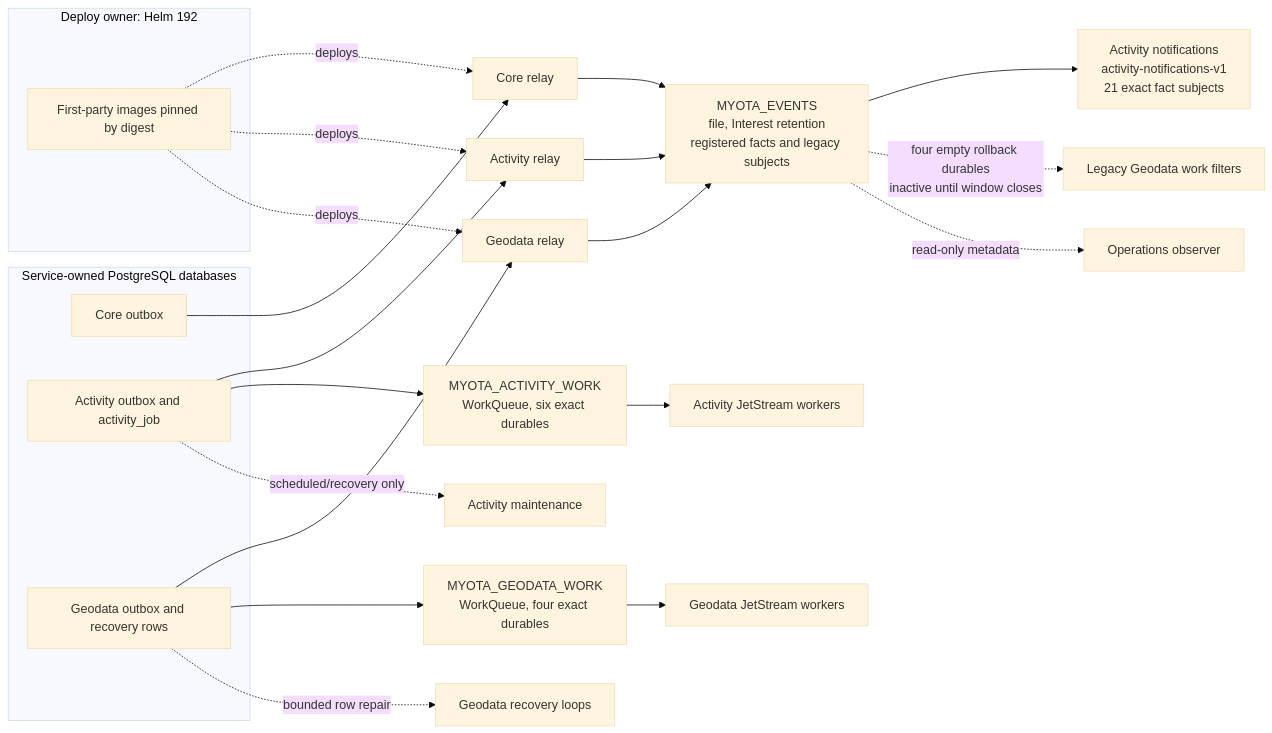
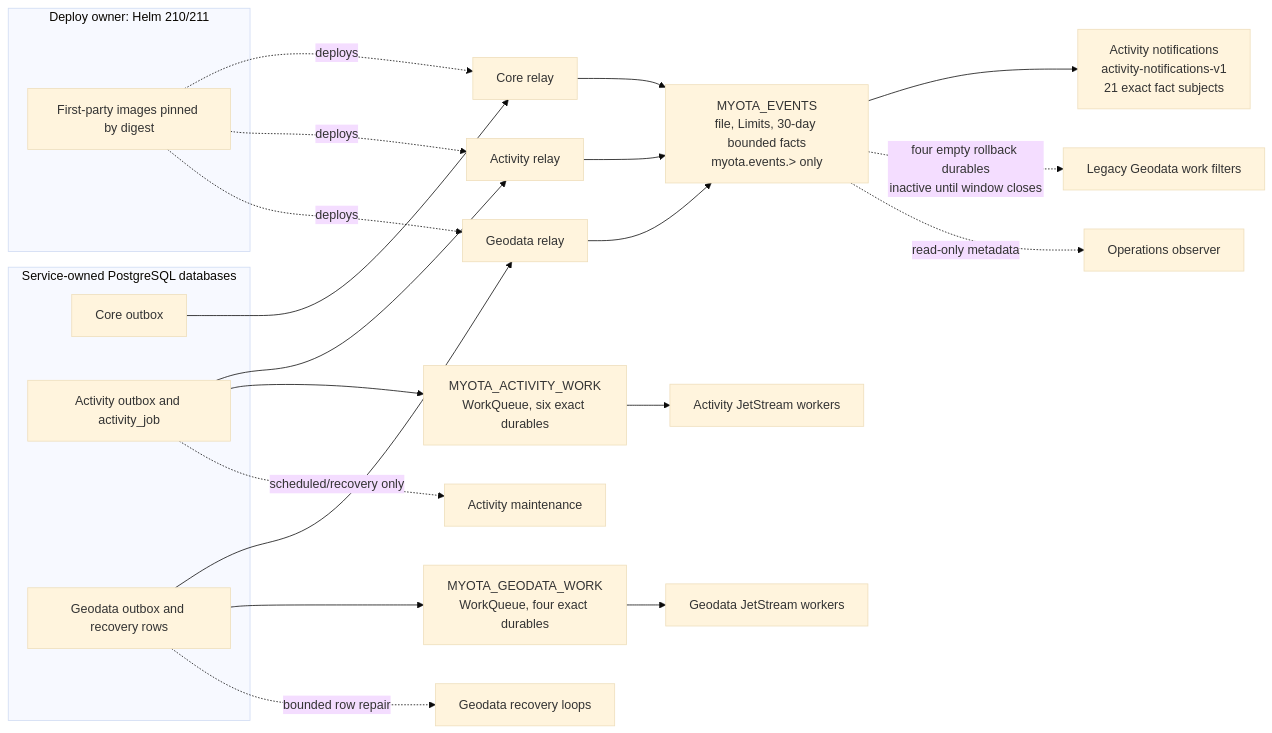
The first of 3 diagrams in docs/architecture/diagrams/nats-event-migration.md (myota-platform/myota-docs), drawn with Mermaid (base theme) before and after one commit. The commit also changed other lines of this file, not shown here.

Commit message:
Update NATS topology diagram to Phase 6 live state

````diff
--- a/docs/architecture/diagrams/nats-event-migration.md
+++ b/docs/architecture/diagrams/nats-event-migration.md
@@ -17,29 +19,29 @@
 ```mermaid
 flowchart LR
   subgraph DB[Service-owned PostgreSQL databases]
     C[Core outbox]
     A[Activity outbox and activity_job]
     G[Geodata outbox and recovery rows]
   end
-  subgraph DEPLOY[Deploy owner: Helm 192]
+  subgraph DEPLOY[Deploy owner: Helm 210/211]
     IMG[First-party images pinned by digest]
   end
   C --> RC[Core relay]
   A --> RA[Activity relay]
   G --> RG[Geodata relay]
   IMG -. deploys .-> RC
   IMG -. deploys .-> RA
   IMG -. deploys .-> RG
-  RC --> E[MYOTA_EVENTS<br/>file, Interest retention<br/>registered facts and legacy subjects]
+  RC --> E[MYOTA_EVENTS<br/>file, Limits, 30-day bounded facts<br/>myota.events.&gt; only]
   RA --> E
   RG --> E
   E --> N[Activity notifications<br/>activity-notifications-v1<br/>21 exact fact subjects]
   E -. four empty rollback durables<br/>inactive until window closes .-> L[Legacy Geodata work filters]
   A --> AS[MYOTA_ACTIVITY_WORK<br/>WorkQueue, six exact durables]
   G --> GS[MYOTA_GEODATA_WORK<br/>WorkQueue, four exact durables]
   AS --> AW[Activity JetStream workers]
   GS --> GW[Geodata JetStream workers]
   A -. scheduled/recovery only .-> AR[Activity maintenance]
   G -. bounded row repair .-> GR[Geodata recovery loops]
   E -. read-only metadata .-> O[Operations observer]
 ```
````
